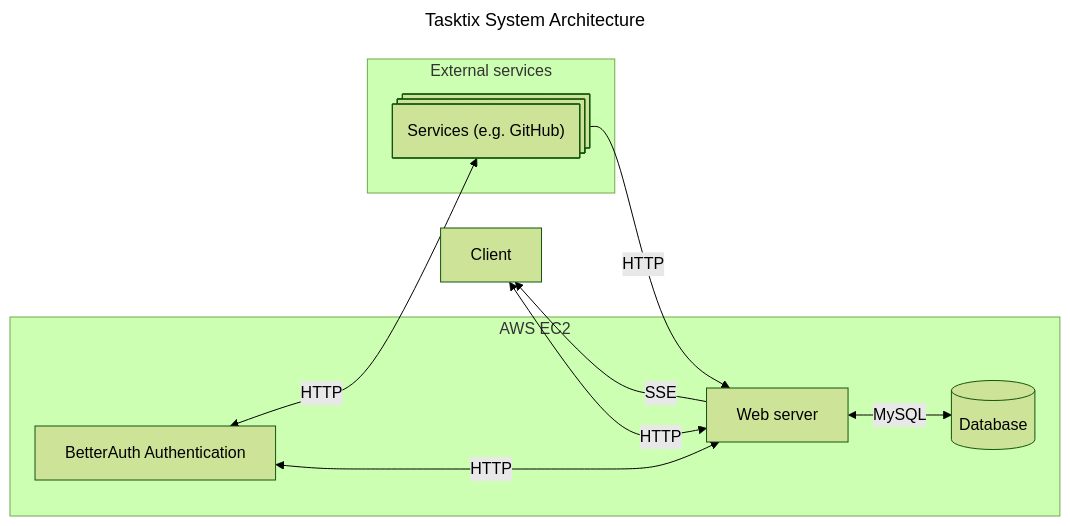
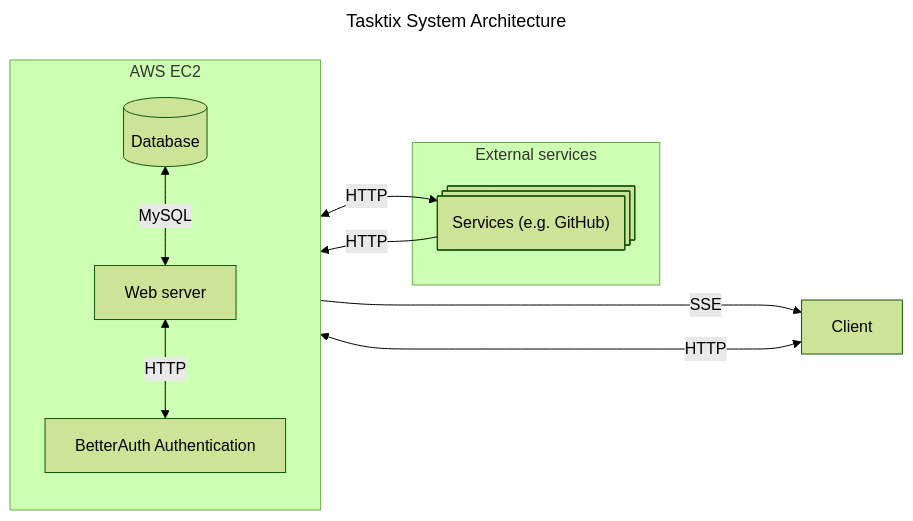
The first of 3 diagrams in docs/architecture.md (Tasktix/Tasktix), drawn with Mermaid (forest theme) before and after one commit.

Commit message:
fix formatting of System Architecture Diagram

````diff
--- a/docs/architecture.md
+++ b/docs/architecture.md
@@ -6,22 +6,23 @@
 ```mermaid
 ---
 title: Tasktix System Architecture
 ---
 flowchart LR
   c[Client]
   subgraph AWS EC2
+    direction BT
     s[Web server]
     d@{shape: cyl, label: Database}
     a[BetterAuth Authentication]
   end
 
   subgraph External services
     g@{shape: processes, label: Services (e.g. GitHub)}
   end
 
-  c <-->|HTTP| s -->|SSE| c
+  c <--->|HTTP| s ---->|SSE| c
   s <-->|MySQL| d
   g -->|HTTP| s
   a <-->|HTTP| s
   a <-->|HTTP| g
 ```
````
